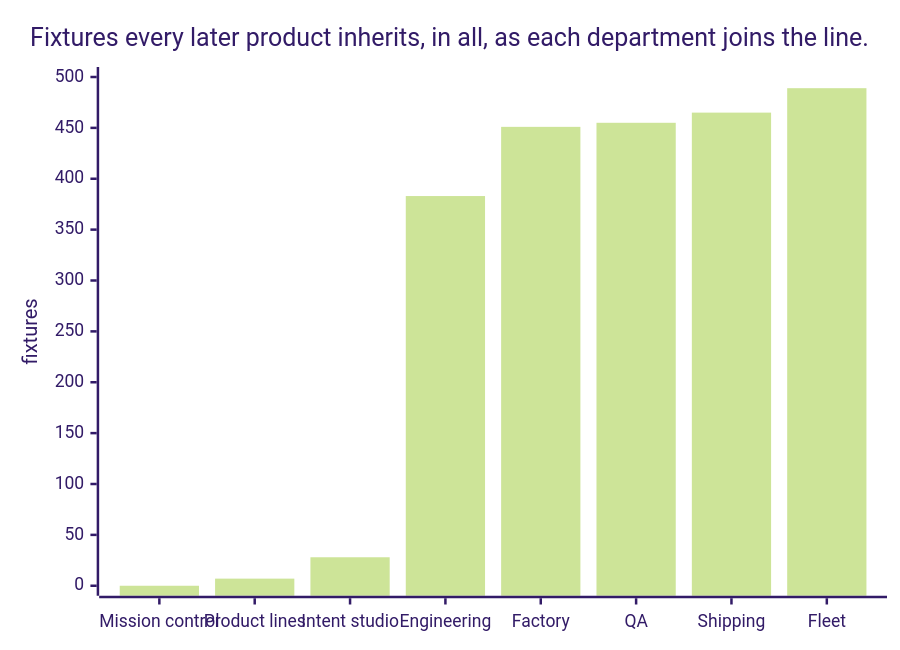
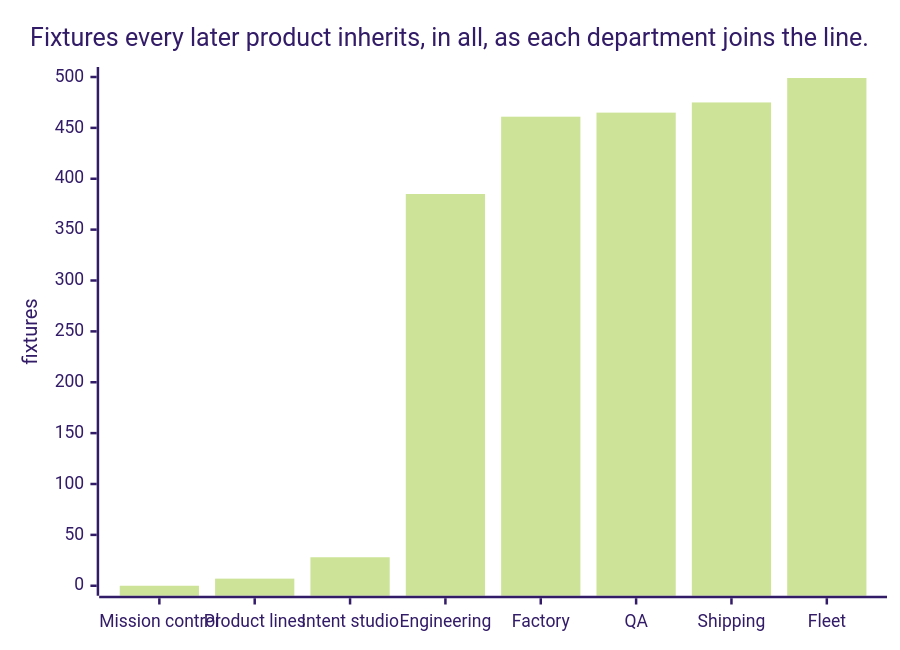
One commit to russlittle/ZTHR changed the second of 3 diagrams in intent/docs/line/README.md. Above: the diagram before and after it, drawn with Mermaid (forest theme). The commit also changed other lines of this file and 58 other files, not shown here.

````diff
--- a/intent/docs/line/README.md
+++ b/intent/docs/line/README.md
@@ -99,7 +99,7 @@
 ```mermaid
 xychart-beta
   title "Fixtures every later product inherits, in all, as each department joins the line."
   x-axis ["Mission control", "Product lines", "Intent studio", "Engineering", "Factory", "QA", "Shipping", "Fleet"]
   y-axis "fixtures" 0 --> 500
-  bar [0, 7, 28, 383, 451, 455, 465, 489]
+  bar [0, 7, 28, 385, 461, 465, 475, 499]
 ```
````
